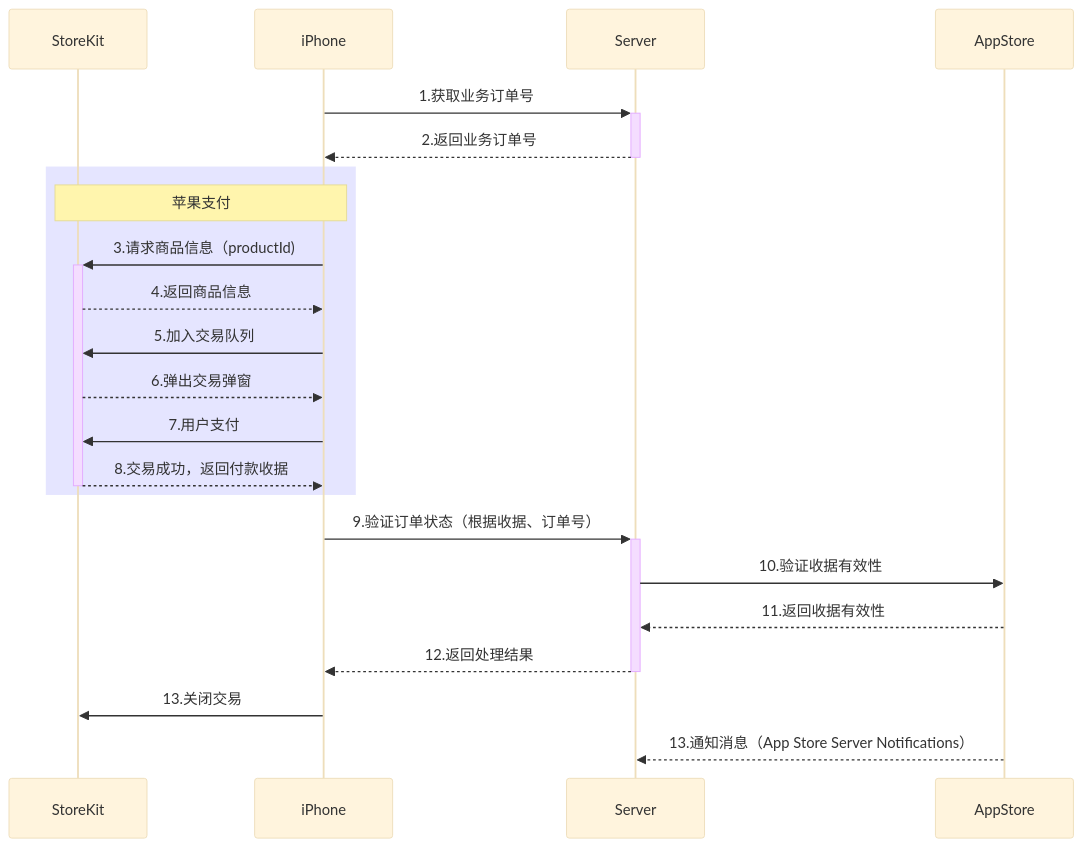
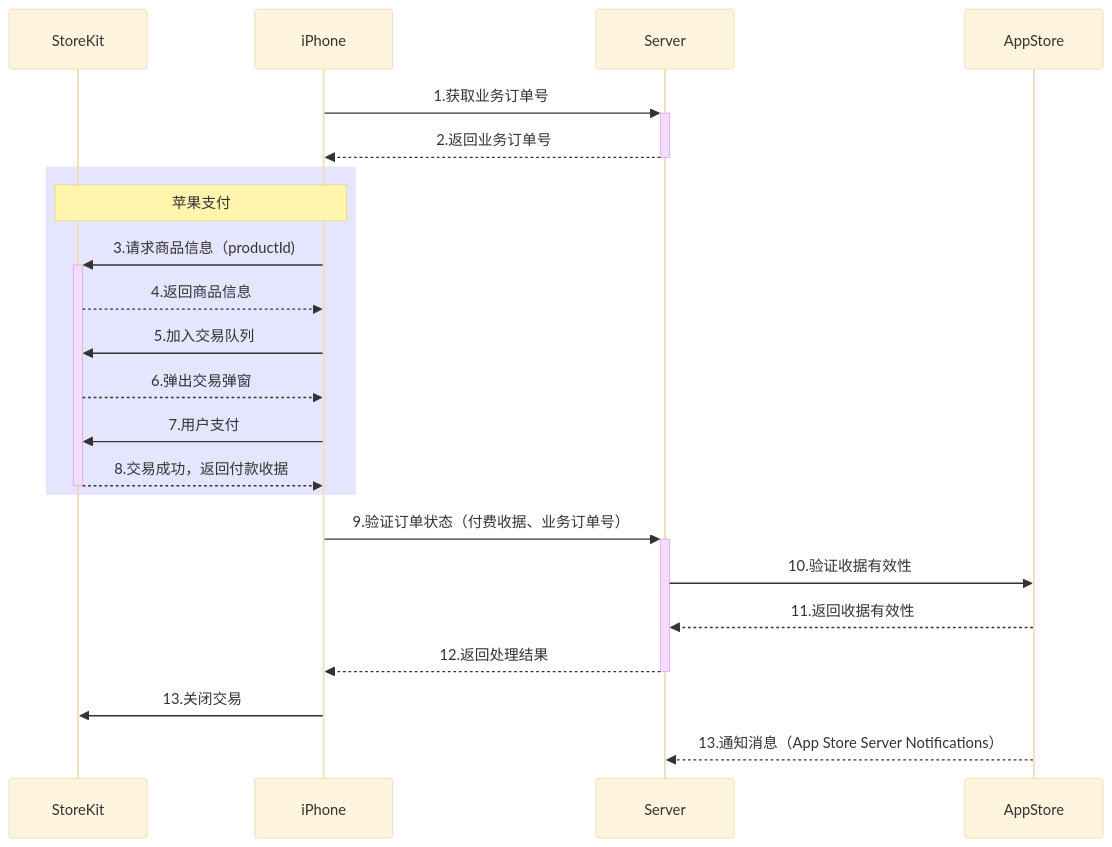
One commit to liushoukai/liushoukai.github.io changed the first of 2 diagrams in _posts/2020-04-04-appstore-in-app-purchase.md. Above: the diagram before and after it, drawn with Mermaid (base theme).

Commit message:
Update post

```diff
--- a/_posts/2020-04-04-appstore-in-app-purchase.md
+++ b/_posts/2020-04-04-appstore-in-app-purchase.md
@@ -138,27 +138,27 @@
 <div class="mermaid">
 sequenceDiagram
 	participant StoreKit as StoreKit
 	participant App as iPhone
 	participant Server
 	participant AppStore
 	App->>+Server: 1.获取业务订单号
 	Server-->>-App: 2.返回业务订单号
 
 	rect rgba(0, 0, 255, .1)
 	Note over App,StoreKit: 苹果支付
 	App->>+StoreKit: 3.请求商品信息（productId)
 	StoreKit-->>App: 4.返回商品信息
 	App->>StoreKit: 5.加入交易队列
 	StoreKit-->>App: 6.弹出交易弹窗
 	App->>StoreKit: 7.用户支付
 	StoreKit-->>-App: 8.交易成功，返回付款收据
 	end
 	
-	App->>+Server: 9.验证订单状态（根据收据、订单号）
+	App->>+Server: 9.验证订单状态（付费收据、业务订单号）
 	Server->>AppStore: 10.验证收据有效性
 	AppStore-->>Server: 11.返回收据有效性
 	Server-->>-App: 12.返回处理结果
 	App->>StoreKit: 13.关闭交易
 
   AppStore-->>Server: 13.通知消息（App Store Server Notifications）
 </div>
```
